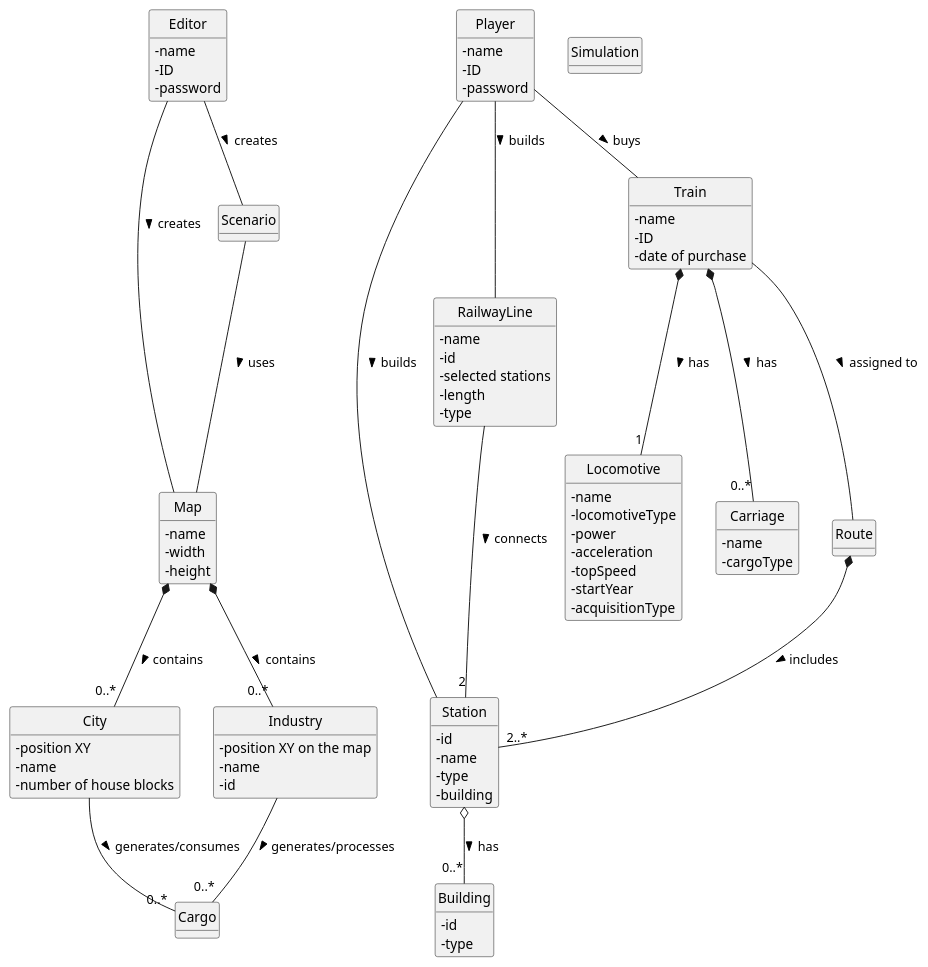
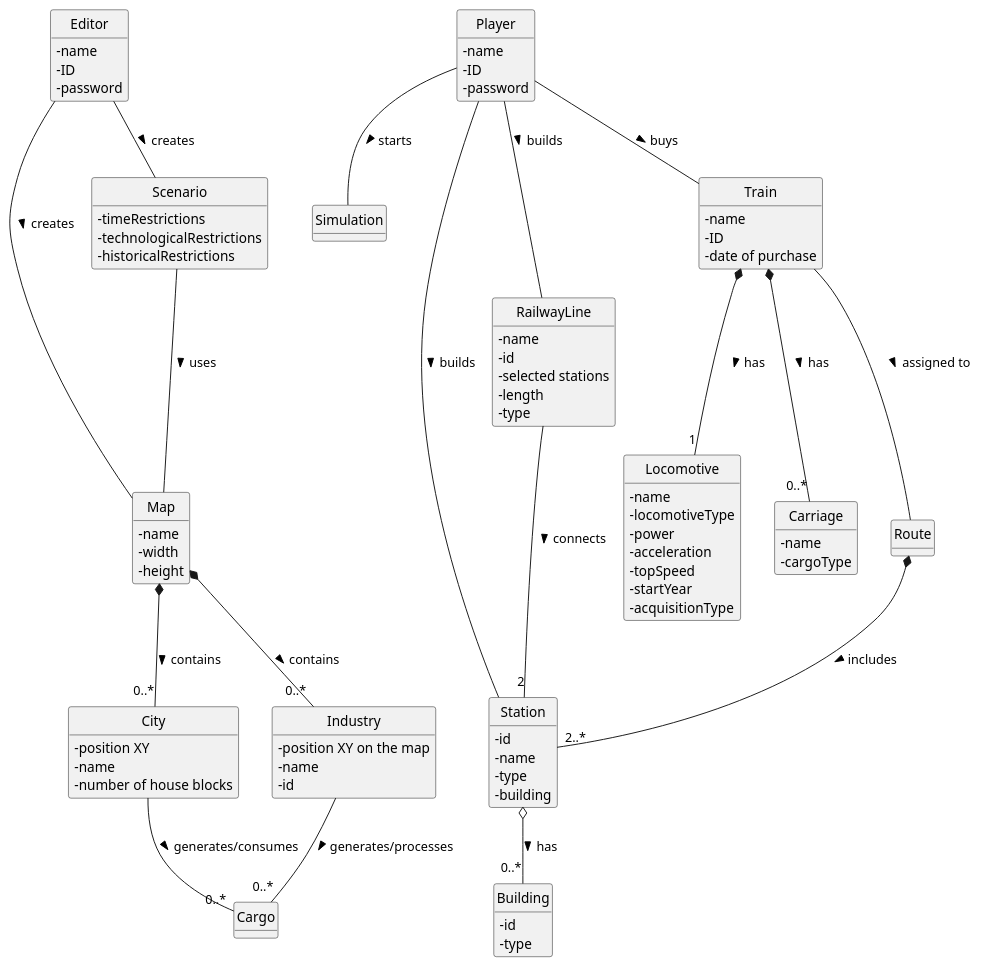
Before and after one commit to ivasduarte/all-aboard: the diagram in docs/sprint1/global-artifacts/02.analysis/puml/project-domain-model.puml, drawn with PlantUML.

Commit message:
(docs): update on project domain model

```diff
--- a/docs/sprint1/global-artifacts/02.analysis/puml/project-domain-model.puml
+++ b/docs/sprint1/global-artifacts/02.analysis/puml/project-domain-model.puml
@@ -1,119 +1,124 @@
 @startuml "domain-model"
 
 skinparam classAttributeIconSize 0
 skinparam monochrome true
 skinparam packageStyle rectangle
 skinparam shadowing false
 
 hide circle
 hide methods
 
 class Editor{
 - name
     - ID
     - password
 }
 
 class Player{
 - name
     - ID
     - password
 }
 
 class Simulation{
 }
 
 class Map{
 - name
 - width
 - height
 }
 
 class City{
 - position XY
     - name
     - number of house blocks
 }
 
 class Industry{
  - position XY on the map
     - name
     - id
 }
 
 class Scenario{
+   - timeRestrictions
+  - technologicalRestrictions
+  - historicalRestrictions
 }
 
 class Station{
     - id
         - name
         - type
         - building
 }
 
 class Building{
     - id
     - type
 }
 
 class Cargo{
 }
 
 class RailwayLine{
 - name
     - id
     - selected stations
     - length
     - type
 }
 
 
 class Train{
 - name
     - ID
     - date of purchase
 }
 
 class Locomotive{
 - name
     - locomotiveType
     - power
     - acceleration
     - topSpeed
     - startYear
     - acquisitionType
 }
 
 class Carriage{
 - name
     - cargoType
 }
 
 
 Editor -- Map : creates >
 Editor -- Scenario : creates >
 Map *-- "0..*" City : contains >
 Map *-- "0..*" Industry : contains >
 Scenario -- Map : uses >
 
 Station o-- "0..*" Building : has >
 
 
 RailwayLine -- "2" Station : connects >
 
 Player -- Station : builds >
 Player -- RailwayLine : builds >
 Player -- Train : buys >
 
+Player -- Simulation: starts >
+
 Train *-- "1" Locomotive : has >
 Train *-- "0..*" Carriage : has >
 Train -- Route : assigned to >
 'should this be included? the route?
 Route *-- "2..*" Station : includes >
 
 City -- "0..*" Cargo : generates/consumes >
 Industry -- "0..*" Cargo : generates/processes >
 
 
 
 @enduml
```
